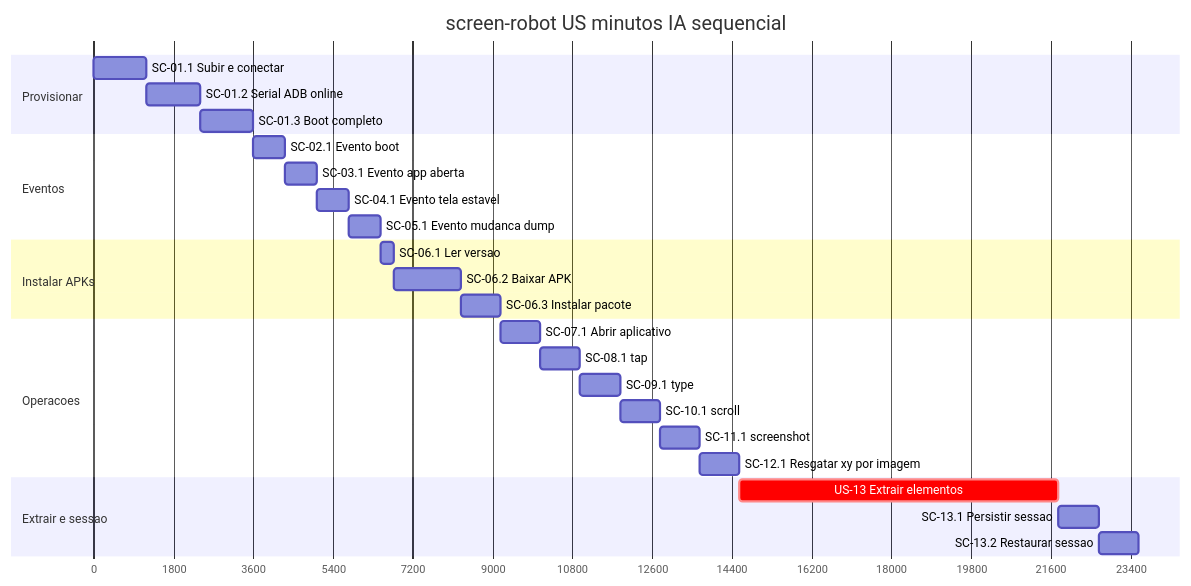
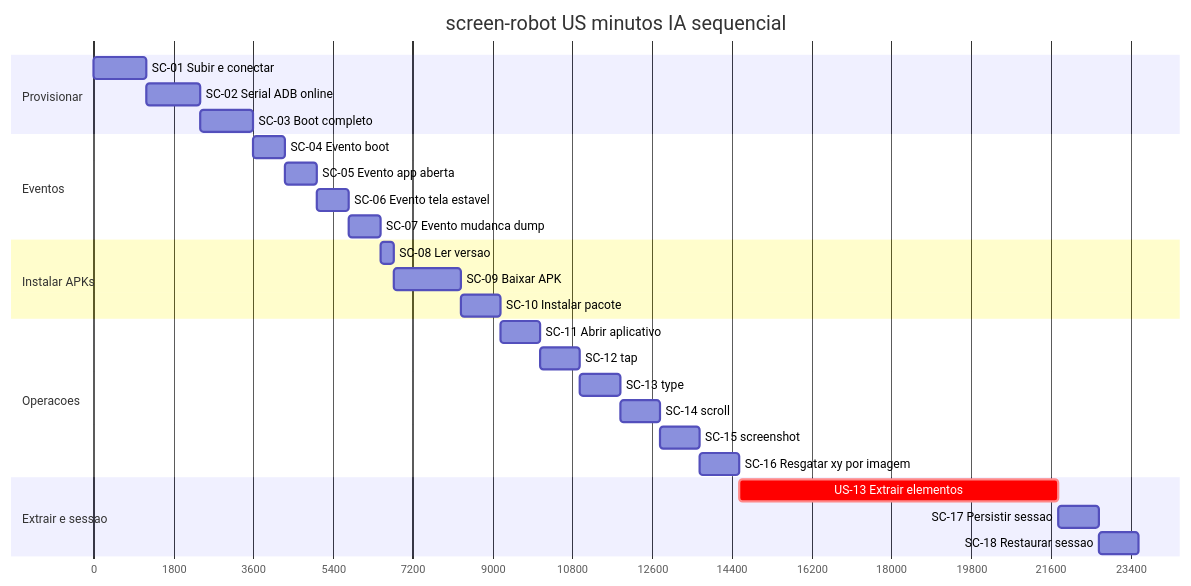
The diagram in connectmax/screen-robot/docs/tasks.md (laerciogermano/workstation), drawn with Mermaid before and after one commit. The commit also changed other lines of this file and 5 other files, not shown here.

````diff
--- a/connectmax/screen-robot/docs/tasks.md
+++ b/connectmax/screen-robot/docs/tasks.md
@@ -54,35 +54,35 @@
 ```mermaid
 gantt
   title screen-robot US minutos IA sequencial
   dateFormat X
   axisFormat %s
 
   section Provisionar
-  SC-01.1 Subir e conectar         :p1, 0, 20m
-  SC-01.2 Serial ADB online        :p2, after p1, 20m
-  SC-01.3 Boot completo            :p3, after p2, 20m
+  SC-01 Subir e conectar         :p1, 0, 20m
+  SC-02 Serial ADB online        :p2, after p1, 20m
+  SC-03 Boot completo            :p3, after p2, 20m
 
   section Eventos
-  SC-02.1 Evento boot              :e1, after p3, 12m
-  SC-03.1 Evento app aberta        :e2, after e1, 12m
-  SC-04.1 Evento tela estavel      :e3, after e2, 12m
-  SC-05.1 Evento mudanca dump      :e4, after e3, 12m
+  SC-04 Evento boot              :e1, after p3, 12m
+  SC-05 Evento app aberta        :e2, after e1, 12m
+  SC-06 Evento tela estavel      :e3, after e2, 12m
+  SC-07 Evento mudanca dump      :e4, after e3, 12m
 
   section Instalar APKs
-  SC-06.1 Ler versao               :i1, after e4, 5m
-  SC-06.2 Baixar APK               :i2, after i1, 25m
-  SC-06.3 Instalar pacote          :i3, after i2, 15m
+  SC-08 Ler versao               :i1, after e4, 5m
+  SC-09 Baixar APK               :i2, after i1, 25m
+  SC-10 Instalar pacote          :i3, after i2, 15m
 
   section Operacoes
-  SC-07.1 Abrir aplicativo         :o1, after i3, 15m
-  SC-08.1 tap                      :o2, after o1, 15m
-  SC-09.1 type                     :o3, after o2, 15m
-  SC-10.1 scroll                   :o4, after o3, 15m
-  SC-11.1 screenshot               :o5, after o4, 15m
-  SC-12.1 Resgatar xy por imagem   :o6, after o5, 15m
+  SC-11 Abrir aplicativo         :o1, after i3, 15m
+  SC-12 tap                      :o2, after o1, 15m
+  SC-13 type                     :o3, after o2, 15m
+  SC-14 scroll                   :o4, after o3, 15m
+  SC-15 screenshot               :o5, after o4, 15m
+  SC-16 Resgatar xy por imagem   :o6, after o5, 15m
 
   section Extrair e sessao
   US-13 Extrair elementos          :crit, x1, after o6, 120m
-  SC-13.1 Persistir sessao         :s1, after x1, 15m
-  SC-13.2 Restaurar sessao         :s2, after s1, 15m
+  SC-17 Persistir sessao         :s1, after x1, 15m
+  SC-18 Restaurar sessao         :s2, after s1, 15m
 ```
````
